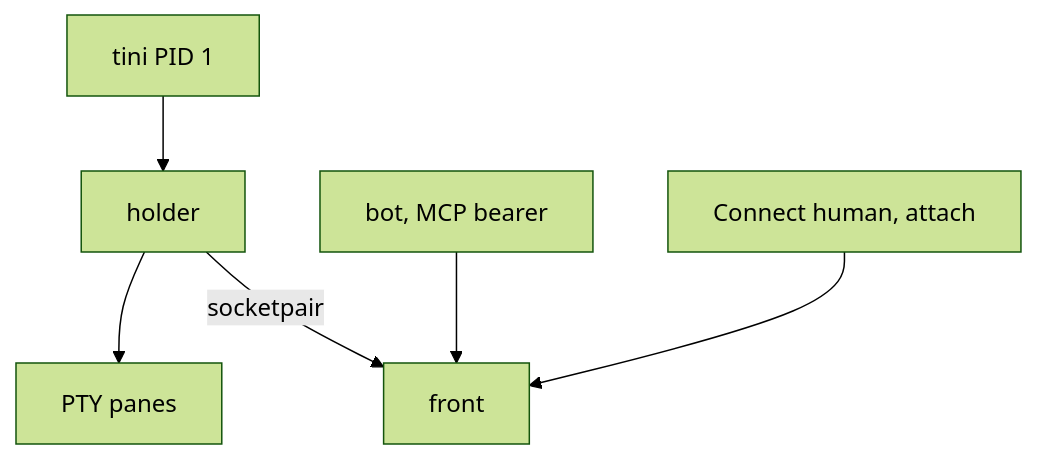
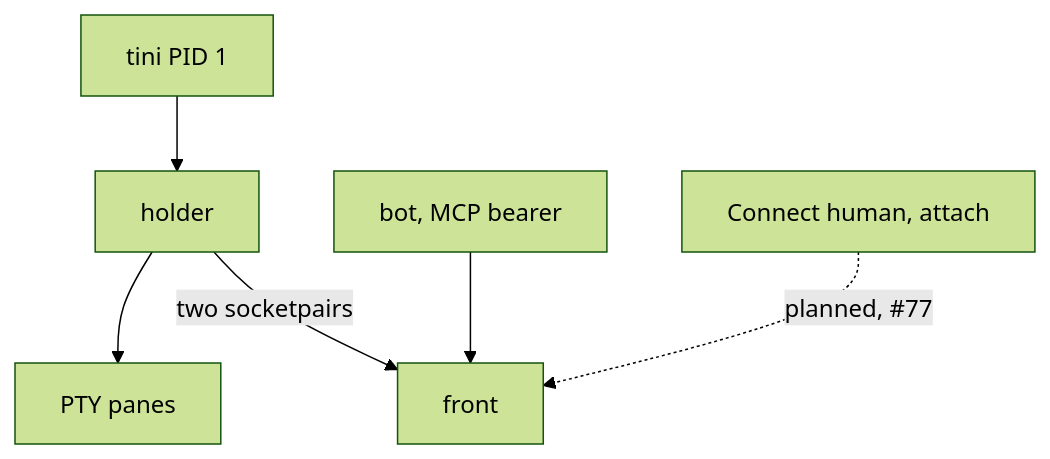
One commit to openabdev/openab-shepherd changed the diagram in docs/adr/restart-survival-and-shared-panes.md. Above: the diagram before and after it, drawn with Mermaid (forest theme). The commit also changed other lines of this file and 20 other files, not shown here.

````diff
--- a/docs/adr/restart-survival-and-shared-panes.md
+++ b/docs/adr/restart-survival-and-shared-panes.md
@@ -25,8 +25,8 @@
 ```mermaid
 flowchart TD
   T[tini PID 1] --> H[holder]
-  H -- socketpair --> F[front]
+  H -- two socketpairs --> F[front]
   H --> P[PTY panes]
   B[bot, MCP bearer] --> F
-  C[Connect human, attach] --> F
+  C[Connect human, attach] -.->|planned, #77| F
 ```
````
